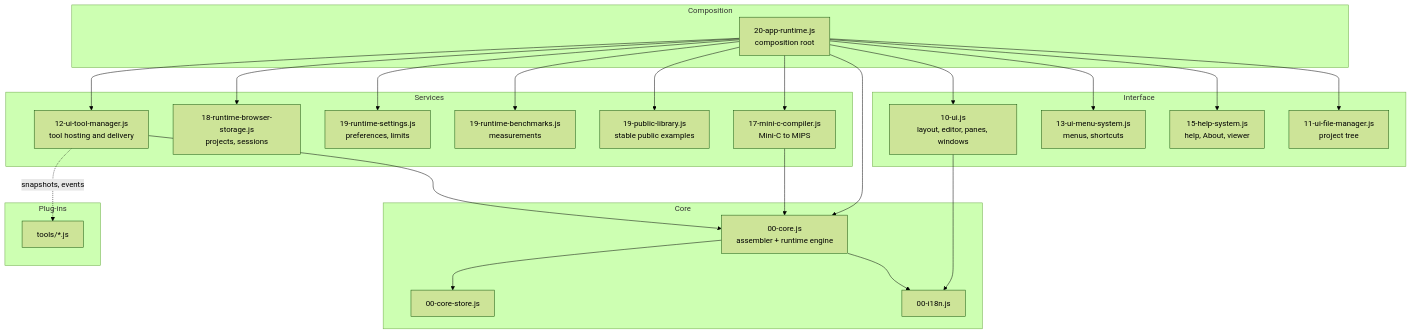
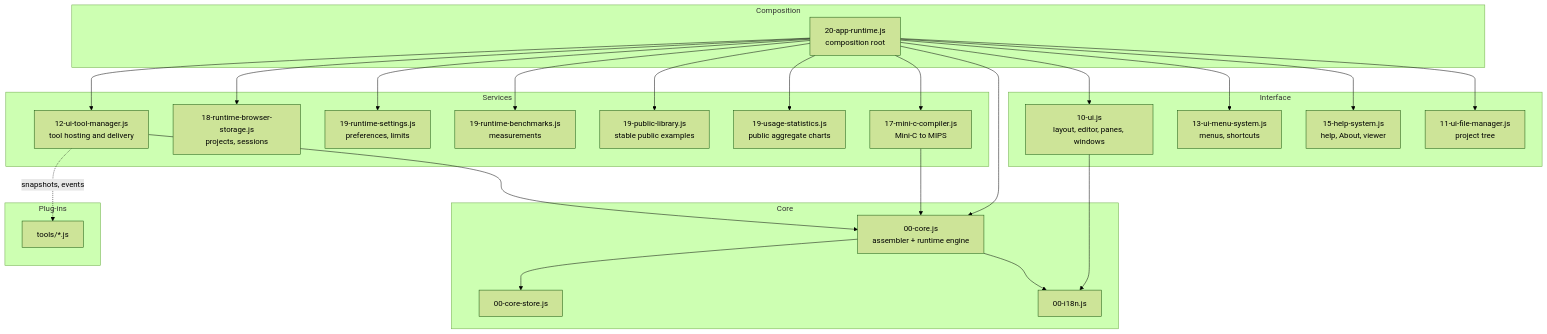
One commit to codigoavulso/webMARS changed the diagram in docs/code-architecture.md. Above: the diagram before and after it, drawn with Mermaid (forest theme). The commit also changed other lines of this file and 86 other files, not shown here.

Commit message:
release: webMARS 0.6.3 usage statistics

````diff
--- a/docs/code-architecture.md
+++ b/docs/code-architecture.md
@@ -30,46 +30,48 @@
 ```mermaid
 flowchart TB
   subgraph UI["Interface"]
     ui["10-ui.js<br/>layout, editor, panes, windows"]
     menu["13-ui-menu-system.js<br/>menus, shortcuts"]
     help["15-help-system.js<br/>help, About, viewer"]
     filemgr["11-ui-file-manager.js<br/>project tree"]
   end
   subgraph COMP["Composition"]
     runtime["20-app-runtime.js<br/>composition root"]
   end
   subgraph SVC["Services"]
     tools["12-ui-tool-manager.js<br/>tool hosting and delivery"]
     storage["18-runtime-browser-storage.js<br/>projects, sessions"]
     settings["19-runtime-settings.js<br/>preferences, limits"]
     bench["19-runtime-benchmarks.js<br/>measurements"]
     library["19-public-library.js<br/>stable public examples"]
+    statistics["19-usage-statistics.js<br/>public aggregate charts"]
     compiler["17-mini-c-compiler.js<br/>Mini-C to MIPS"]
   end
   subgraph CORE["Core"]
     engine["00-core.js<br/>assembler + runtime engine"]
     store["00-core-store.js"]
     i18n["00-i18n.js"]
   end
   subgraph PLUG["Plug-ins"]
     toolfiles["tools/*.js"]
   end
 
   runtime --> ui
   runtime --> menu
   runtime --> help
   runtime --> filemgr
   runtime --> tools
   runtime --> storage
   runtime --> settings
   runtime --> bench
   runtime --> library
+  runtime --> statistics
   runtime --> compiler
   runtime --> engine
   compiler --> engine
   tools --> engine
   tools -. "snapshots, events" .-> toolfiles
   ui --> i18n
   engine --> i18n
   engine --> store
 ```
````
